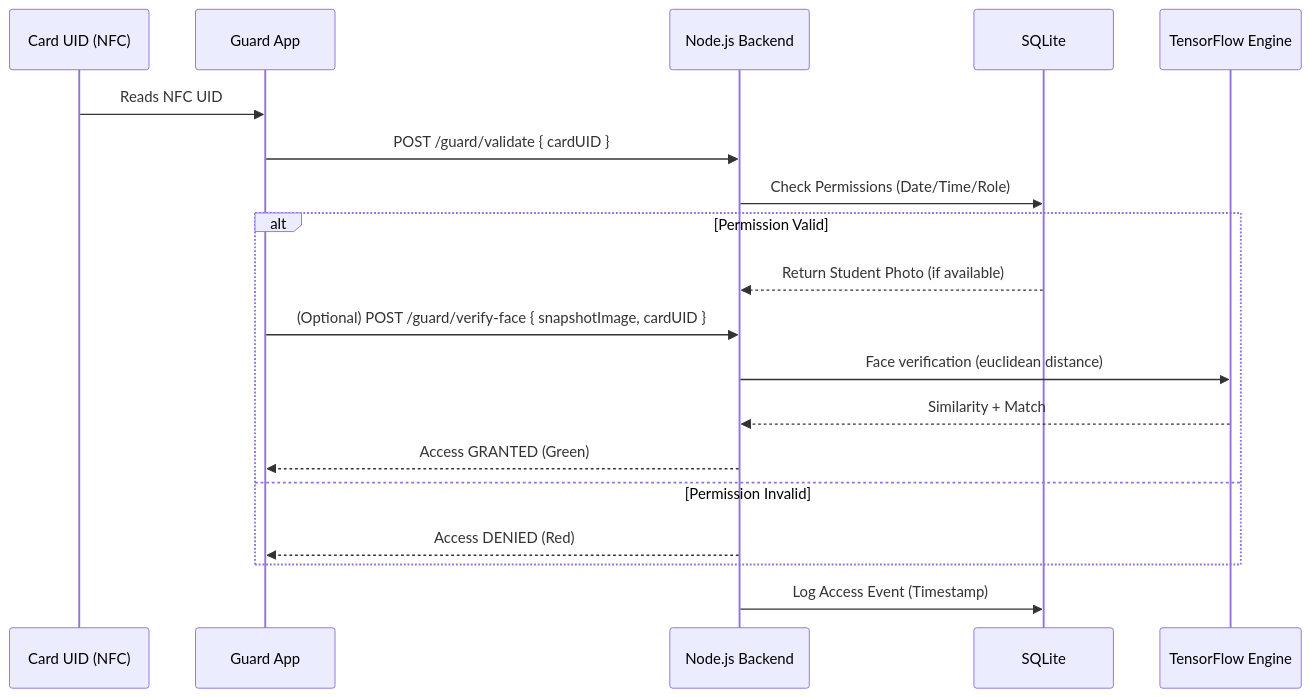
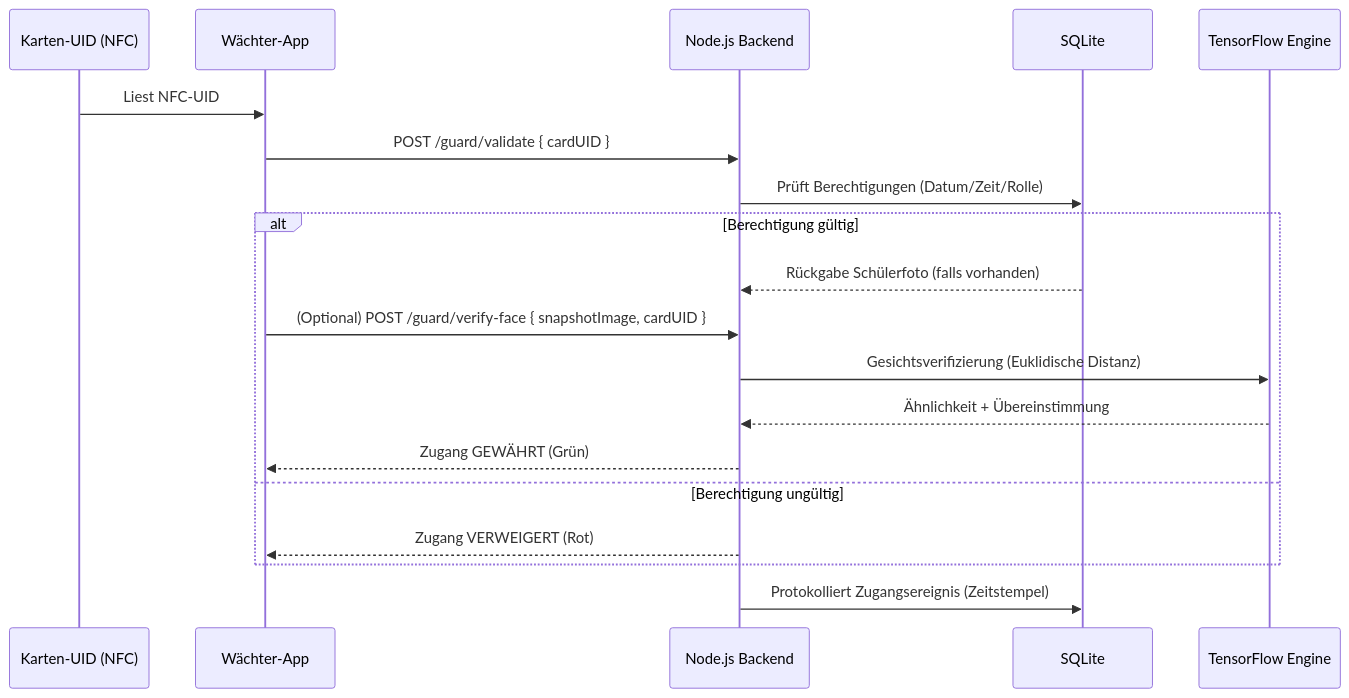
One commit to victor-gurbani/JuFo2025 changed the diagram in BLL-LaTeX/figures/rfid_workflow.mmd. Above: the diagram before and after it, drawn with Mermaid. The commit also changed 14 other files, not shown here.

```diff
--- a/BLL-LaTeX/figures/rfid_workflow.mmd
+++ b/BLL-LaTeX/figures/rfid_workflow.mmd
@@ -1,22 +1,22 @@
 sequenceDiagram
-    participant C as Card UID (NFC)
-    participant App as Guard App
+    participant C as Karten-UID (NFC)
+    participant App as Wächter-App
     participant API as Node.js Backend
     participant DB as SQLite
     participant AI as TensorFlow Engine
 
-    C->>App: Reads NFC UID
+    C->>App: Liest NFC-UID
     App->>API: POST /guard/validate { cardUID }
-    API->>DB: Check Permissions (Date/Time/Role)
+    API->>DB: Prüft Berechtigungen (Datum/Zeit/Rolle)
     
-    alt Permission Valid
-        DB-->>API: Return Student Photo (if available)
+    alt Berechtigung gültig
+        DB-->>API: Rückgabe Schülerfoto (falls vorhanden)
         App->>API: (Optional) POST /guard/verify-face { snapshotImage, cardUID }
-        API->>AI: Face verification (euclidean distance)
-        AI-->>API: Similarity + Match
-        API-->>App: Access GRANTED (Green)
-    else Permission Invalid
-        API-->>App: Access DENIED (Red)
+        API->>AI: Gesichtsverifizierung (Euklidische Distanz)
+        AI-->>API: Ähnlichkeit + Übereinstimmung
+        API-->>App: Zugang GEWÄHRT (Grün)
+    else Berechtigung ungültig
+        API-->>App: Zugang VERWEIGERT (Rot)
     end
     
-    API->>DB: Log Access Event (Timestamp)
+    API->>DB: Protokolliert Zugangsereignis (Zeitstempel)
```
